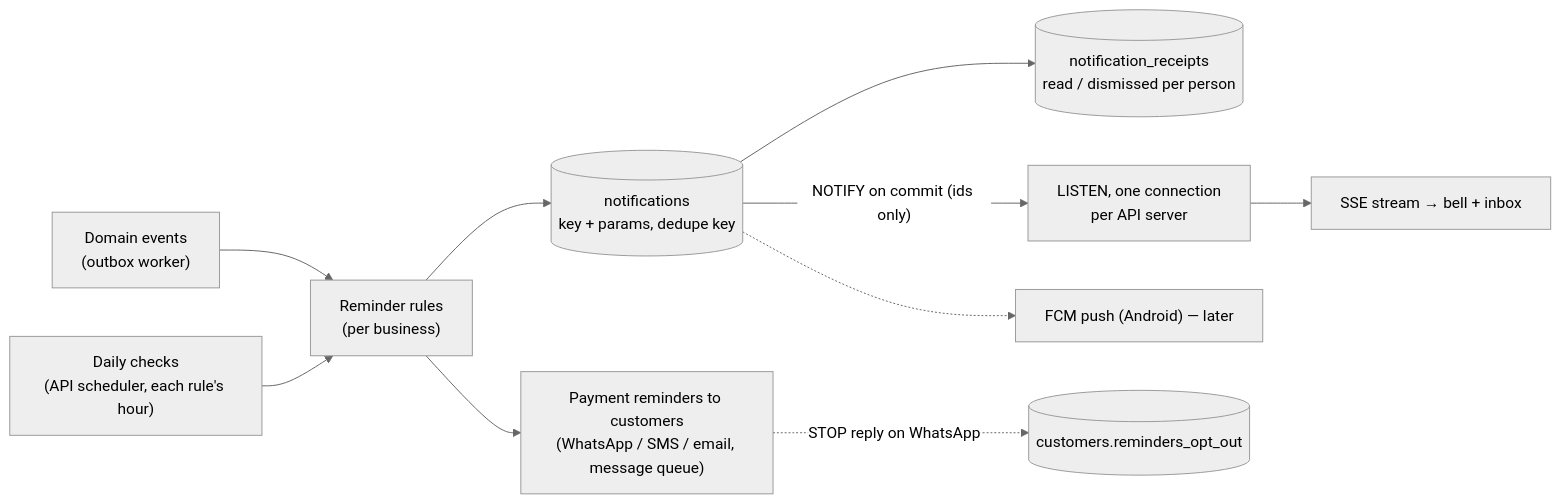
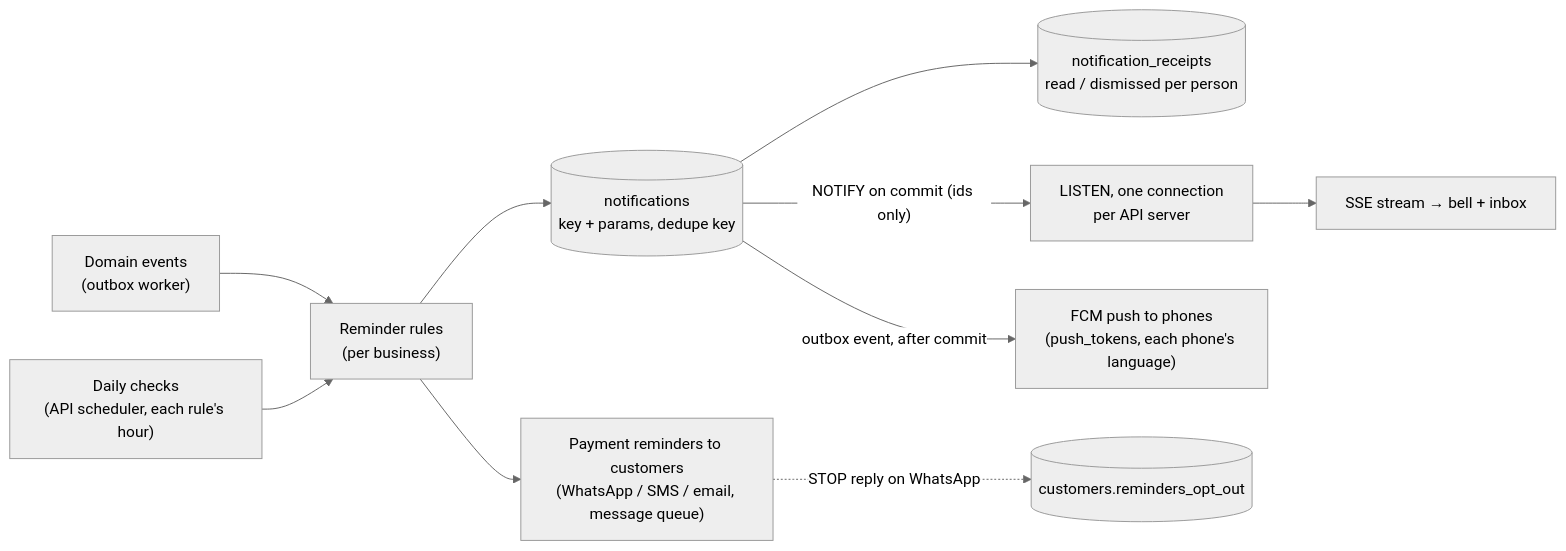
The third of 3 diagrams in docs/01-architecture.md (shailendrasahug010/BillingSystem), drawn with Mermaid (neutral theme) before and after one commit. The commit also changed other lines of this file and 31 other files, not shown here.

First line of the commit message:
Phase 5.2: push notifications to phones (Firebase Cloud Messaging)

````diff
--- a/docs/01-architecture.md
+++ b/docs/01-architecture.md
@@ -232,12 +232,12 @@
 ```mermaid
 flowchart LR
   EV["Domain events<br/>(outbox worker)"] --> RULES["Reminder rules<br/>(per business)"]
   CRON["Daily checks<br/>(API scheduler, each rule's hour)"] --> RULES
   RULES --> N[("notifications<br/>key + params, dedupe key")]
   N --> RCPT[("notification_receipts<br/>read / dismissed per person")]
   N -- "NOTIFY on commit (ids only)" --> HUB["LISTEN, one connection<br/>per API server"]
   HUB --> INAPP["SSE stream → bell + inbox"]
-  N -.-> PUSH["FCM push (Android) — later"]
+  N -- "outbox event, after commit" --> PUSH["FCM push to phones<br/>(push_tokens, each phone's language)"]
   RULES --> WA["Payment reminders to customers<br/>(WhatsApp / SMS / email, message queue)"]
   WA -. STOP reply on WhatsApp .-> OPT[("customers.reminders_opt_out")]
 ```
````
